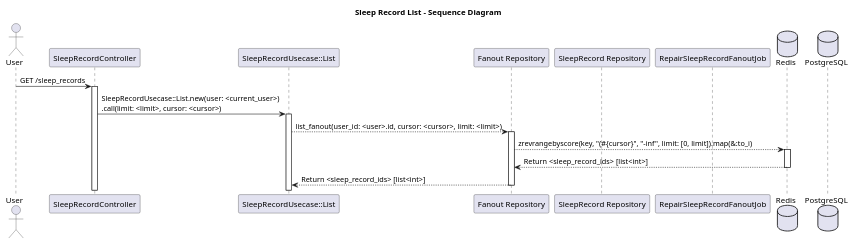
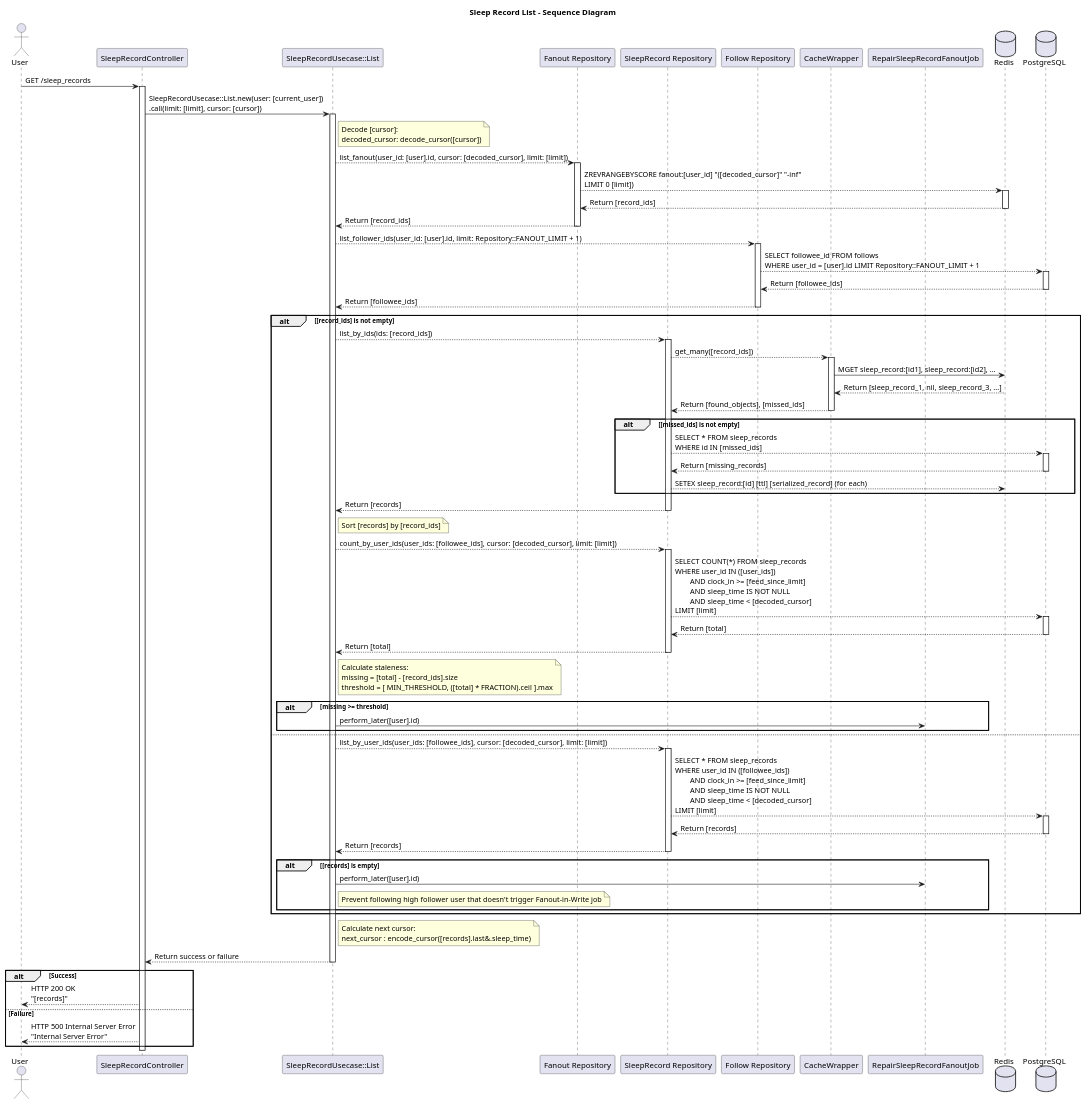
One commit to wisnuaga/good-night changed the diagram in docs/diagram/SleepRecordList.plantuml. Above: the diagram before and after it, drawn with PlantUML.

Commit message:
list: complete diagram

```diff
--- a/docs/diagram/SleepRecordList.plantuml
+++ b/docs/diagram/SleepRecordList.plantuml
@@ -1,30 +1,122 @@
 @startuml SleepRecordList
 title Sleep Record List - Sequence Diagram
 
-' Define actors and components
 actor User
 participant "SleepRecordController" as Controller
 participant "SleepRecordUsecase::List" as Usecase
 participant "Fanout Repository" as FanoutRepository
 participant "SleepRecord Repository" as SleepRecordRepository
+participant "Follow Repository" as FollowRepository
+participant "CacheWrapper" as CacheWrapper
 participant "RepairSleepRecordFanoutJob" as Job
 database "Redis" as Cache
 database "PostgreSQL" as DB
 
 User -> Controller: GET /sleep_records
 activate Controller
 
-Controller -> Usecase: SleepRecordUsecase::List.new(user: <current_user>)\n.call(limit: <limit>, cursor: <cursor>)
+Controller -> Usecase: SleepRecordUsecase::List.new(user: [current_user])\n.call(limit: [limit], cursor: [cursor])
 activate Usecase
 
-Usecase --> FanoutRepository: list_fanout(user_id: <user>.id, cursor: <cursor>, limit: <limit>)
+' Sort records
+note right of Usecase
+    Decode [cursor]:
+    decoded_cursor: decode_cursor([cursor])
+end note
+
+Usecase --> FanoutRepository: list_fanout(user_id: [user].id, cursor: [decoded_cursor], limit: [limit])
 activate FanoutRepository
-FanoutRepository --> Cache: zrevrangebyscore(key, "(#{cursor}", "-inf", limit: [0, limit]).map(&:to_i)
+FanoutRepository --> Cache: ZREVRANGEBYSCORE fanout:[user_id] "([decoded_cursor]" "-inf"\nLIMIT 0 [limit])
 activate Cache
-Cache --> FanoutRepository: Return <sleep_record_ids> [list<int>]
+Cache --> FanoutRepository: Return [record_ids]
 deactivate Cache
-FanoutRepository --> Usecase: Return <sleep_record_ids> [list<int>]
+FanoutRepository --> Usecase: Return [record_ids]
 deactivate FanoutRepository
 
+Usecase --> FollowRepository: list_follower_ids(user_id: [user].id, limit: Repository::FANOUT_LIMIT + 1)
+activate FollowRepository
+FollowRepository --> DB: SELECT followee_id FROM follows \nWHERE user_id = [user].id LIMIT Repository::FANOUT_LIMIT + 1
+activate DB
+DB --> FollowRepository: Return [followee_ids]
+deactivate DB
+FollowRepository --> Usecase: Return [followee_ids]
+deactivate FollowRepository
+
+alt [record_ids] is not empty
+    ' List by IDs
+    Usecase --> SleepRecordRepository: list_by_ids(ids: [record_ids])
+    activate SleepRecordRepository
+    SleepRecordRepository --> CacheWrapper: get_many([record_ids])
+    activate CacheWrapper
+    CacheWrapper -> Cache: MGET sleep_record:[id1], sleep_record:[id2], ...
+    Cache --> CacheWrapper: Return [sleep_record_1, nil, sleep_record_3, ...]
+    CacheWrapper --> SleepRecordRepository: Return [found_objects], [missed_ids]
+    deactivate CacheWrapper
+    
+    alt [missed_ids] is not empty
+        SleepRecordRepository --> DB: SELECT * FROM sleep_records\nWHERE id IN [missed_ids]
+        activate DB
+        DB --> SleepRecordRepository: Return [missing_records]
+        deactivate DB
+        SleepRecordRepository --> Cache: SETEX sleep_record:[id] [ttl] [serialized_record] (for each)
+    end
+
+    SleepRecordRepository --> Usecase: Return [records]
+    deactivate SleepRecordRepository
+
+    ' Sort records
+    note right of Usecase
+        Sort [records] by [record_ids]
+    end note
+
+    ' Check record staleness
+    Usecase --> SleepRecordRepository: count_by_user_ids(user_ids: [followee_ids], cursor: [decoded_cursor], limit: [limit])
+    activate SleepRecordRepository
+    SleepRecordRepository --> DB: SELECT COUNT(*) FROM sleep_records \nWHERE user_id IN ([user_ids]) \n\tAND clock_in >= [feed_since_limit] \n\tAND sleep_time IS NOT NULL \n\tAND sleep_time < [decoded_cursor] \nLIMIT [limit] 
+    activate DB
+    DB --> SleepRecordRepository: Return [total]
+    deactivate DB
+    SleepRecordRepository --> Usecase: Return [total]
+    deactivate SleepRecordRepository
+    note right of Usecase
+        Calculate staleness:
+        missing = [total] - [record_ids].size
+        threshold = [ MIN_THRESHOLD, ([total] * FRACTION).ceil ].max
+    end note
+
+    alt missing >= threshold
+        Usecase -> Job: perform_later([user].id)
+    end
+else
+    Usecase --> SleepRecordRepository: list_by_user_ids(user_ids: [followee_ids], cursor: [decoded_cursor], limit: [limit])
+    activate SleepRecordRepository
+    SleepRecordRepository --> DB: SELECT * FROM sleep_records \nWHERE user_id IN ([followee_ids]) \n\tAND clock_in >= [feed_since_limit] \n\tAND sleep_time IS NOT NULL \n\tAND sleep_time < [decoded_cursor] \nLIMIT [limit] 
+    activate DB
+    DB --> SleepRecordRepository: Return [records]
+    deactivate DB
+    SleepRecordRepository --> Usecase: Return [records]
+    deactivate SleepRecordRepository
+
+    alt [records] is empty
+        Usecase -> Job: perform_later([user].id)
+        note right of Usecase
+            Prevent following high follower user that doesn't trigger Fanout-in-Write job
+        end note
+    end
+end
+
+note right of Usecase
+    Calculate next cursor:
+    next_cursor : encode_cursor([records].last&.sleep_time)
+end note
+Usecase --> Controller: Return success or failure
+deactivate Usecase
+
+alt Success
+    Controller --> User: HTTP 200 OK\n"[records]"
+else Failure
+    Controller --> User: HTTP 500 Internal Server Error\n"Internal Server Error"
+end
+deactivate Controller
 
 @enduml
```
